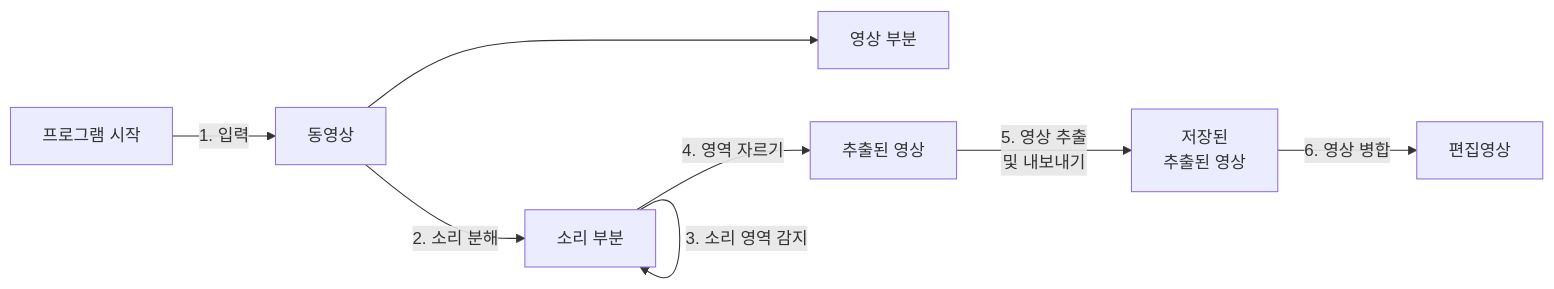
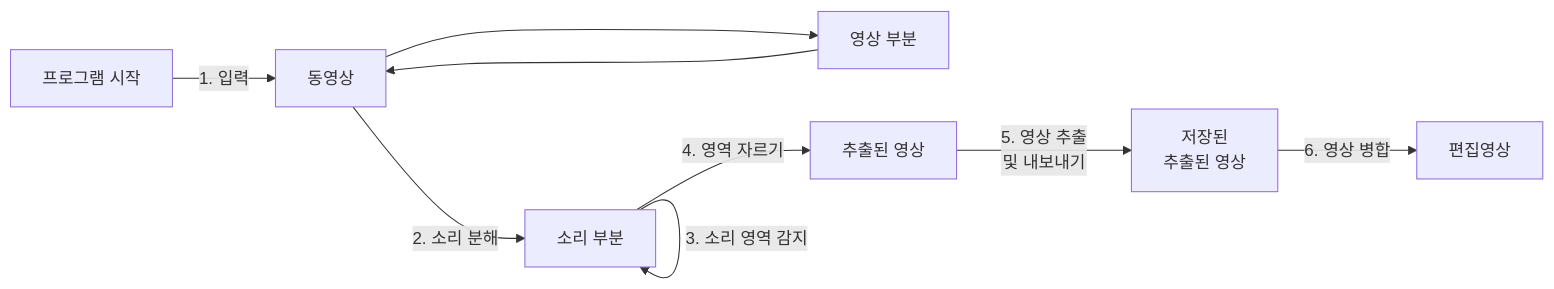
Before and after one commit to SAgiKPJH/SAGI_JJU-JJUCODE-: the diagram in Project/01 영상편집 도우미 in python/README.md, drawn with Mermaid.

````diff
--- a/Project/01 영상편집 도우미 in python/README.md
+++ b/Project/01 영상편집 도우미 in python/README.md
@@ -16,7 +16,7 @@
 ```mermaid
 flowchart LR
-Z["프로그램 시작"]--1. 입력--> A["동영상"] --->B_1["영상 부분"]
+Z["프로그램 시작"]--1. 입력--> A["동영상"] --->B_1["영상 부분"]--->
 A --2. 소리 분해--> B_2["소리 부분"]
 B_2 --3. 소리 영역 감지-->B_2 --4. 영역 자르기--> C["추출된 영상"]
 C --5. 영상 추출 <br>및 내보내기-->D["저장된<br> 추출된 영상"] --6. 영상 병합-->E["편집영상"]
 ```
````
